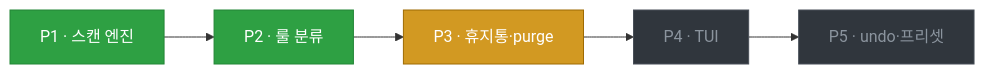
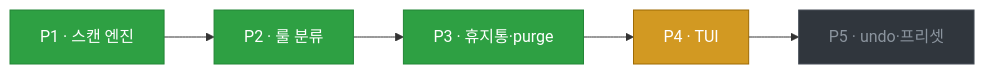
Before and after one commit to seeminglyjs/PurgeFs: the first of 2 diagrams in README.md, drawn with Mermaid. The commit also changed other lines of this file, not shown here.

Commit message:
docs: update README for P3 (purge done, --hard usage, trash pkg)

````diff
--- a/README.md
+++ b/README.md
@@ -9,8 +9,8 @@
 ```mermaid
 flowchart LR
-    P1["P1 · 스캔 엔진"]:::done --> P2["P2 · 룰 분류"]:::done --> P3["P3 · 휴지통·purge"]:::current --> P4["P4 · TUI"]:::todo --> P5["P5 · undo·프리셋"]:::todo
+    P1["P1 · 스캔 엔진"]:::done --> P2["P2 · 룰 분류"]:::done --> P3["P3 · 휴지통·purge"]:::done --> P4["P4 · TUI"]:::current --> P5["P5 · undo·프리셋"]:::todo
 
     classDef done fill:#2ea043,color:#ffffff,stroke:#238636,stroke-width:1px
     classDef current fill:#d29922,color:#ffffff,stroke:#9e6a03,stroke-width:1px
     classDef todo fill:#30363d,color:#8b949e,stroke:#484f58,stroke-width:1px
 ```
````
